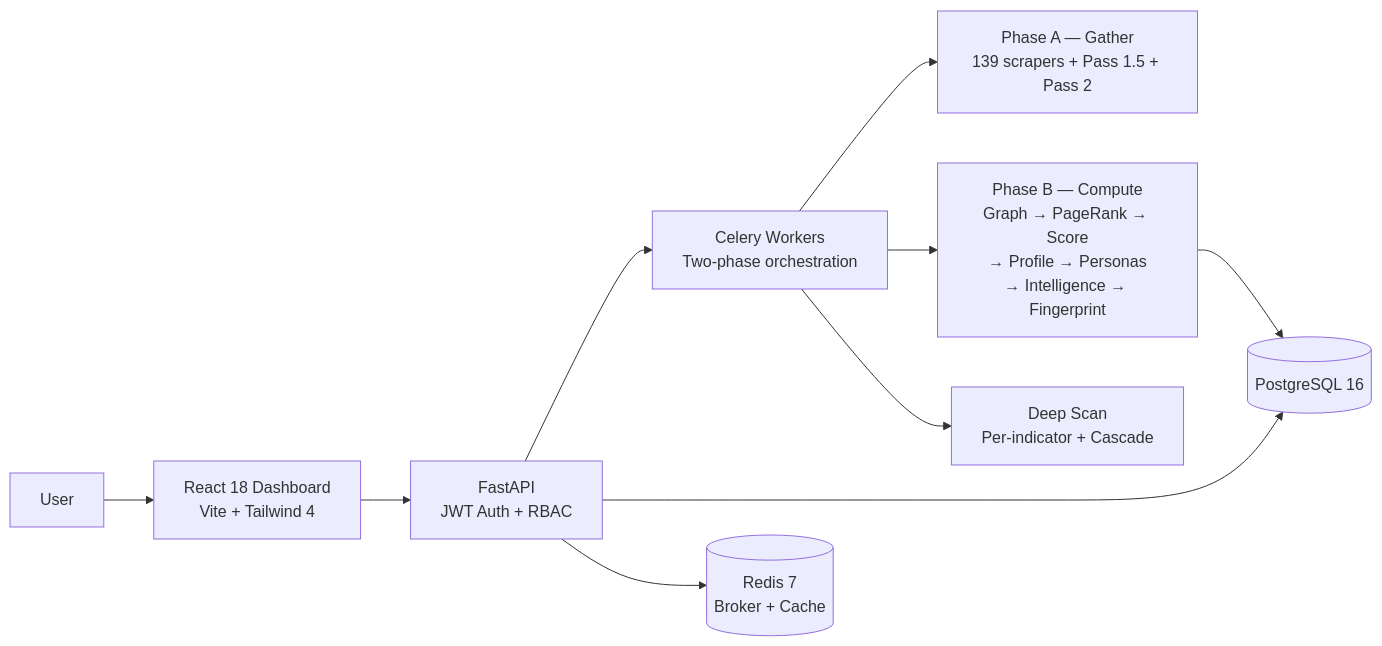
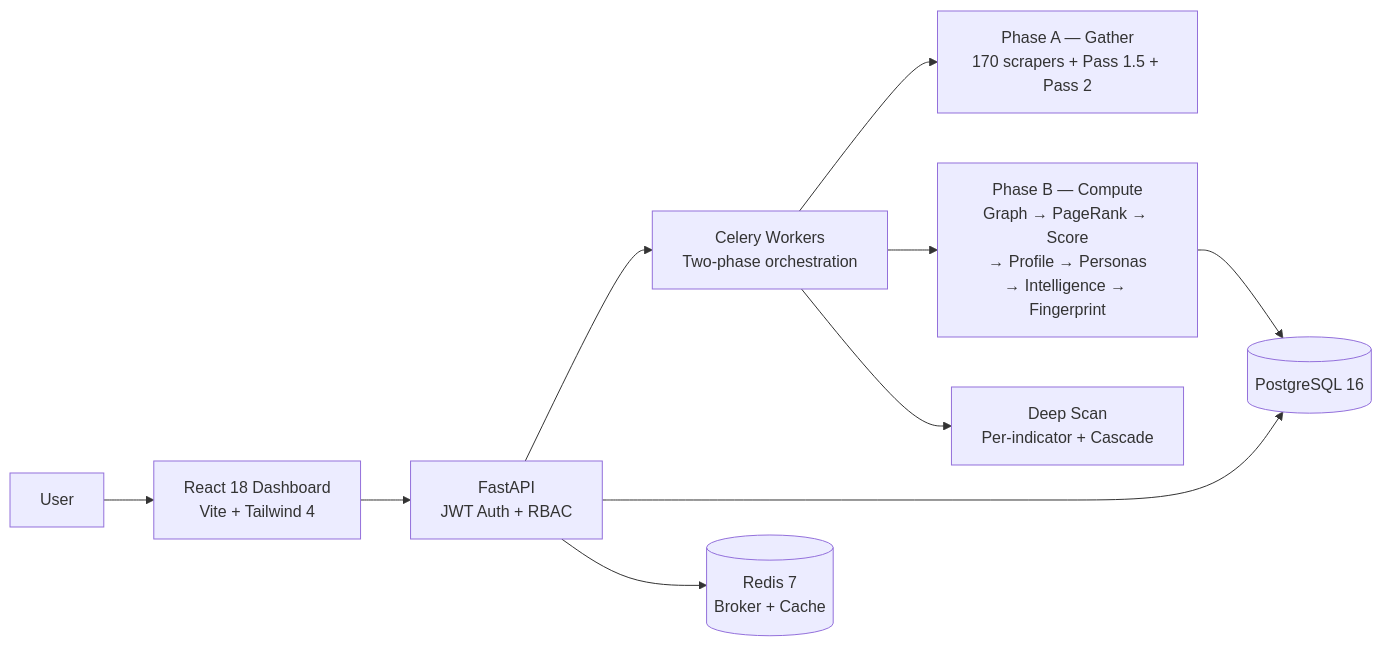
The diagram in README.md (nabz0r/xposeTIP), drawn with Mermaid before and after one commit. The commit also changed other lines of this file and 18 other files, not shown here.

````diff
--- a/README.md
+++ b/README.md
@@ -117,12 +117,12 @@
 ```mermaid
 graph LR
     U[User] --> R[React 18 Dashboard<br/>Vite + Tailwind 4]
     R --> A[FastAPI<br/>JWT Auth + RBAC]
     A --> C[Celery Workers<br/>Two-phase orchestration]
     A --> PG[(PostgreSQL 16)]
     A --> RD[(Redis 7<br/>Broker + Cache)]
-    C --> P1[Phase A — Gather<br/>139 scrapers + Pass 1.5 + Pass 2]
+    C --> P1[Phase A — Gather<br/>170 scrapers + Pass 1.5 + Pass 2]
     C --> P2[Phase B — Compute<br/>Graph → PageRank → Score<br/>→ Profile → Personas<br/>→ Intelligence → Fingerprint]
     P2 --> PG
     C --> DS[Deep Scan<br/>Per-indicator + Cascade]
 ```
````
